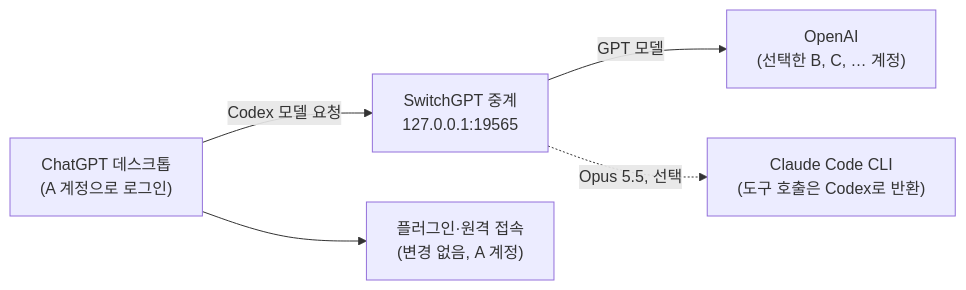
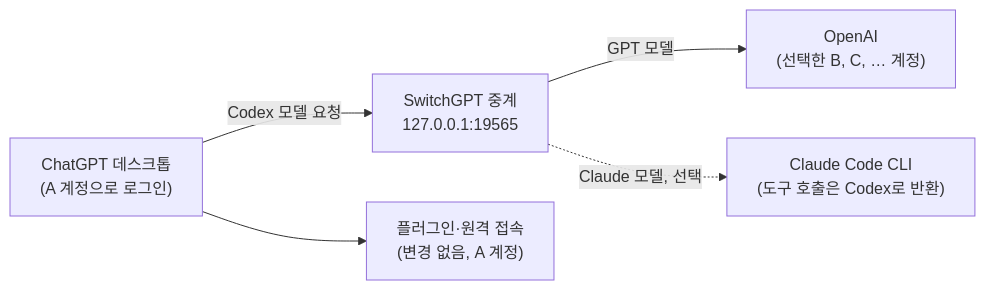
The diagram in README.ko.md (yoonpooh/SwitchGPT), drawn with Mermaid before and after one commit. The commit also changed other lines of this file and 18 other files, not shown here.

First line of the commit message:
feat: list every Claude Code model in the picker

````diff
--- a/README.ko.md
+++ b/README.ko.md
@@ -72,7 +72,7 @@
 ```mermaid
 flowchart LR
     Desktop["ChatGPT 데스크톱<br/>(A 계정으로 로그인)"] -->|Codex 모델 요청| Relay["SwitchGPT 중계<br/>127.0.0.1:19565"]
     Relay -->|GPT 모델| OpenAI["OpenAI<br/>(선택한 B, C, … 계정)"]
-    Relay -.->|Opus 5.5, 선택| Claude["Claude Code CLI<br/>(도구 호출은 Codex로 반환)"]
+    Relay -.->|Claude 모델, 선택| Claude["Claude Code CLI<br/>(도구 호출은 Codex로 반환)"]
     Desktop --> Plugins["플러그인·원격 접속<br/>(변경 없음, A 계정)"]
 ```
````
